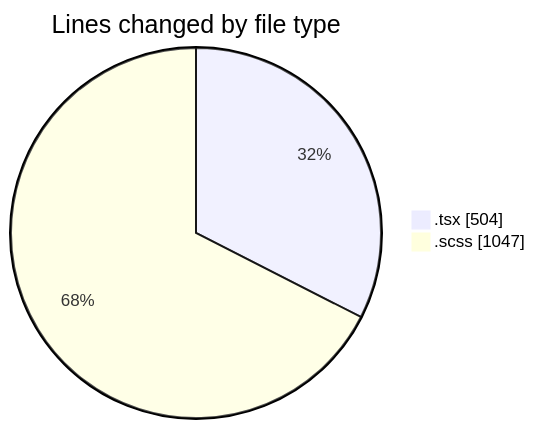
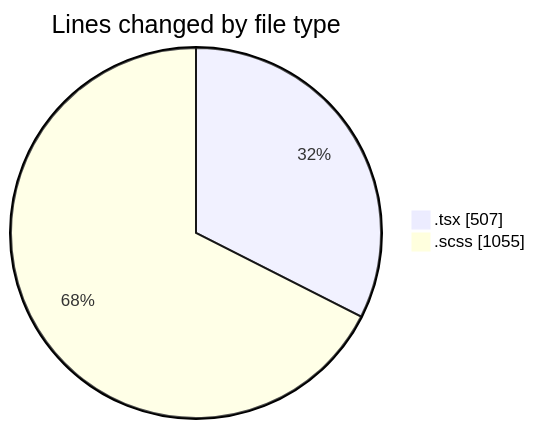
Before and after one commit to momahboobian/code-tracking: the first of 2 diagrams in 2026-02-23/cda/README.md, drawn with Mermaid. The commit also changed other lines of this file and 1 other file, not shown here.

````diff
--- a/2026-02-23/cda/README.md
+++ b/2026-02-23/cda/README.md
@@ -21,6 +21,6 @@
 ```mermaid
 pie showData
 title Lines changed by file type
-".tsx" : 504
-".scss" : 1047
+".tsx" : 507
+".scss" : 1055
 ```
````
